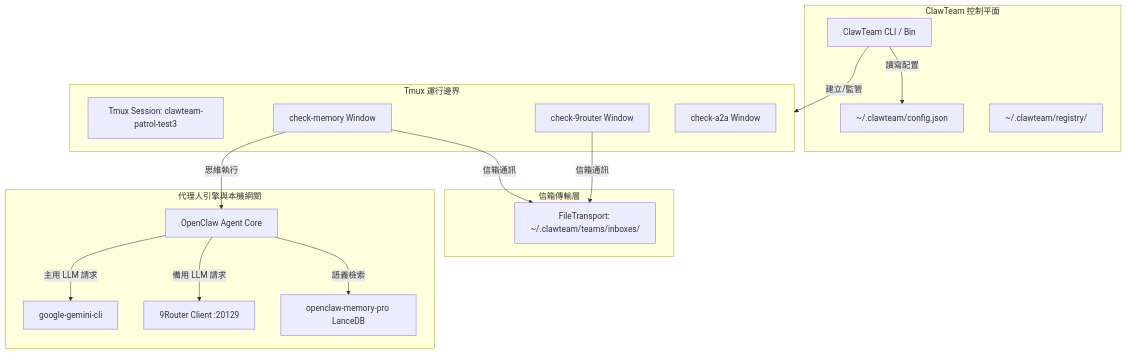
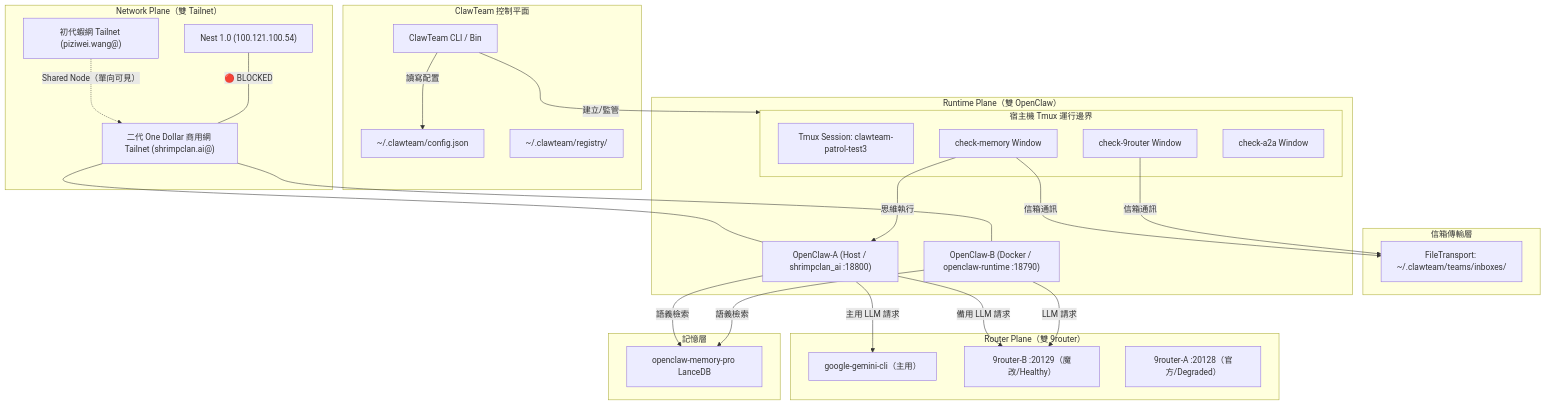
Before and after one commit to cmwang2021/ClawTeam-OpenClaw: the diagram in docs/control-boundary-report.md, drawn with Mermaid. The commit also changed other lines of this file and 2 other files, not shown here.

Commit message:
feat(B2a): proper backfill - three-double architecture rebaseline
B2a正式回填：在B1原文基礎上就地回填三雙架構，所有B1內容完整保留。

control-boundary-report.md:
- Mermaid圖從單一拓樸升級為三平面（Network/Runtime/Router）
- 新增Docker容器隔離邊界（OpenClaw-A vs OpenClaw-B）
- 新增Network Plane與Shared Node四層可達性判定準則
- 模型路由從雙通道升級為三通道（含Degraded/Healthy區分）

phase-b-baseline.md:
- 追加B2a範圍註（Tailscale雙網邊界聲明）
- 追加OpenClaw-B架構升級註
- 新增§5 B2a重基線裁定（三層物理基線表、B1證據邊界、過度概括修正）

phase-b-findings-summary.md:
- §1核心結論追加B2a降級修正（十分穩固→僅宿主機A路徑閉環）
- §2新增痛點3（check-9router降級為Legacy Probe）和痛點4（跨Tailnet幻覺）
- §3新增建議五（Enhanced Router Audit）和建議六（雙OC感知納入世界地圖）

Auditor: Antigravity Opus
Method: 在原文基礎上就地插入B2a註解與新段落，B1原文零行刪除

````diff
--- a/docs/control-boundary-report.md
+++ b/docs/control-boundary-report.md
@@ -9,35 +9,53 @@
 ```mermaid
 graph TD
-    subgraph Control Plane [ClawTeam 控制平面]
+    subgraph Network_Plane ["Network Plane（雙 Tailnet）"]
+        TN1["初代蝦網 Tailnet (piziwei.wang@)"]
+        TN2["二代 One Dollar 商用網 Tailnet (shrimpclan.ai@)"]
+        TN1 -. "Shared Node（單向可見）" .-> TN2
+        Nest1["Nest 1.0 (100.121.100.54)"] -- "🔴 BLOCKED" --- TN2
+    end
+
+    subgraph Control_Plane [ClawTeam 控制平面]
         CLI[ClawTeam CLI / Bin]
         Config[~/.clawteam/config.json]
         Registry[~/.clawteam/registry/]
     end
 
     subgraph Transport [信箱傳輸層]
         Mailbox[FileTransport: ~/.clawteam/teams/inboxes/]
     end
 
-    subgraph Runtime [Tmux 運行邊界]
-        Session[Tmux Session: clawteam-patrol-test3]
-        P1[check-memory Window]
-        P2[check-9router Window]
-        P3[check-a2a Window]
+    subgraph Runtime_Plane ["Runtime Plane（雙 OpenClaw）"]
+        subgraph Host_Runtime ["宿主機 Tmux 運行邊界"]
+            Session[Tmux Session: clawteam-patrol-test3]
+            P1[check-memory Window]
+            P2[check-9router Window]
+            P3[check-a2a Window]
+        end
+        OC_A["OpenClaw-A (Host / shrimpclan_ai :18800)"]
+        OC_B["OpenClaw-B (Docker / openclaw-runtime :18790)"]
     end
 
-    subgraph Agent Engines [代理人引擎與本機網關]
-        OpenClaw[OpenClaw Agent Core]
-        GeminiCLI[google-gemini-cli]
-        Router[9Router Client :20129]
+    subgraph Router_Plane ["Router Plane（雙 9router）"]
+        GeminiCLI["google-gemini-cli（主用）"]
+        R_B["9router-B :20129（魔改/Healthy）"]
+        R_A["9router-A :20128（官方/Degraded）"]
+    end
+
+    subgraph Memory_Layer [記憶層]
         Memory[openclaw-memory-pro LanceDB]
     end
 
-    CLI -->|建立/監管| Runtime
+    TN2 --- OC_A
+    TN2 --- OC_B
+    CLI -->|建立/監管| Host_Runtime
     CLI -->|讀寫配置| Config
     P1 -->|信箱通訊| Mailbox
     P2 -->|信箱通訊| Mailbox
-    P1 -->|思維執行| OpenClaw
-    OpenClaw -->|主用 LLM 請求| GeminiCLI
-    OpenClaw -->|備用 LLM 請求| Router
-    OpenClaw -->|語義檢索| Memory
+    P1 -->|思維執行| OC_A
+    OC_A -->|主用 LLM 請求| GeminiCLI
+    OC_A -->|備用 LLM 請求| R_B
+    OC_B -->|LLM 請求| R_B
+    OC_A -->|語義檢索| Memory
+    OC_B -->|語義檢索| Memory
 ```
````
